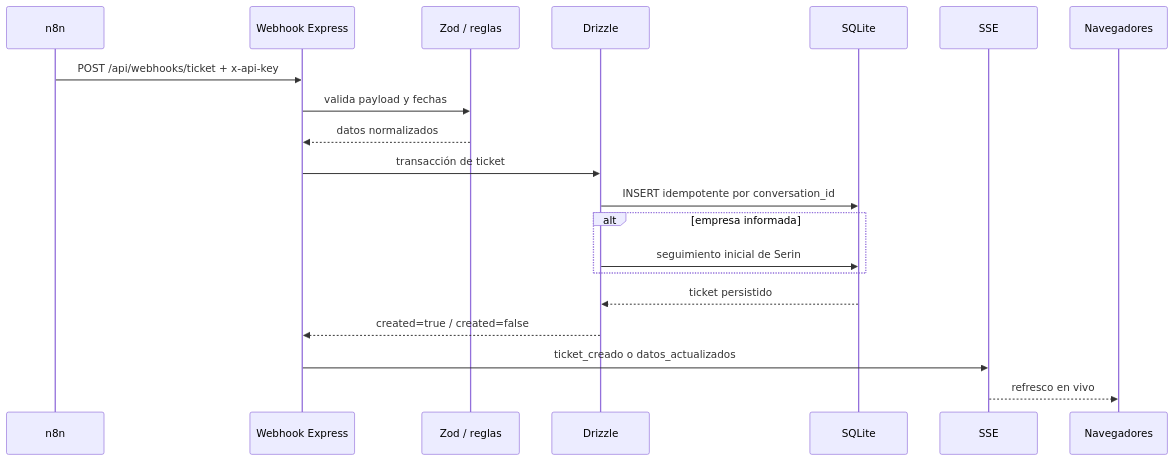
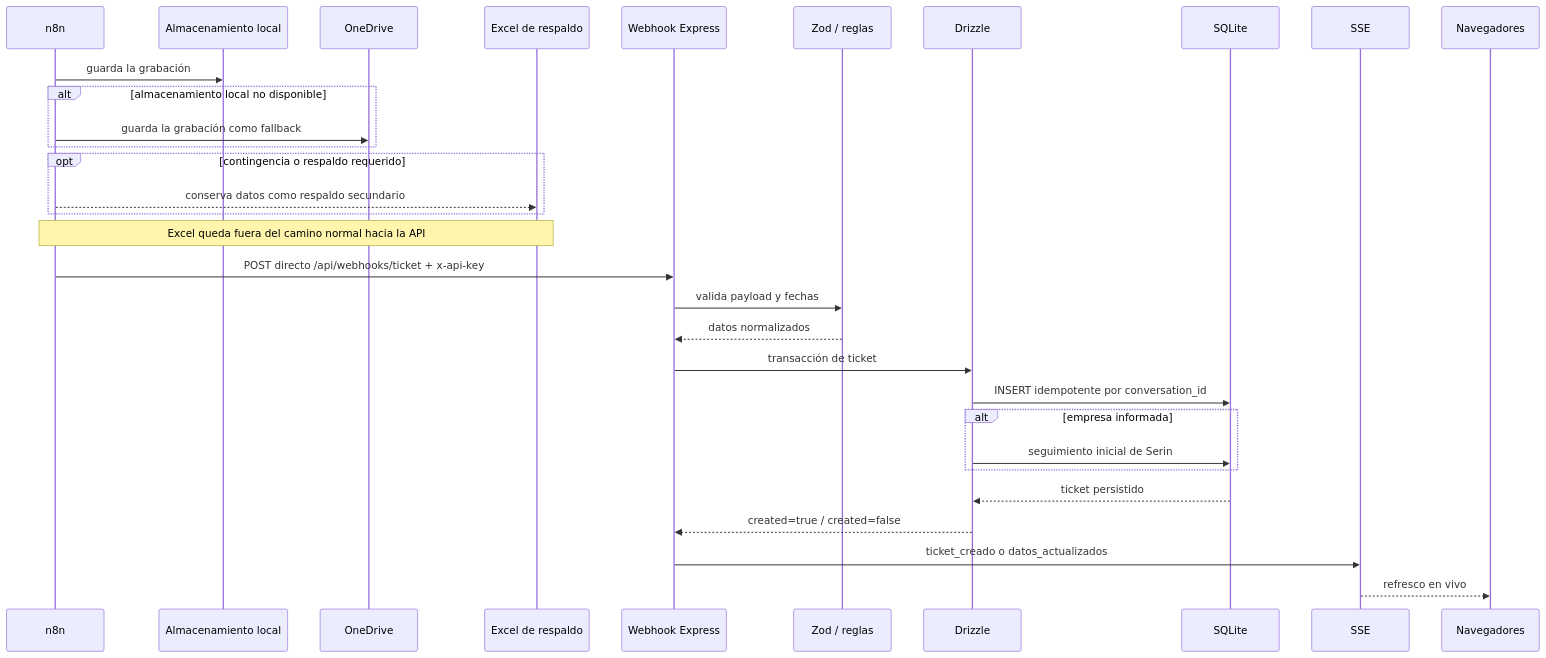
Before and after one commit to marianoLaclau/ticketsAdmin: the ninth of 14 diagrams in docs/ARQUITECTURA.MD, drawn with Mermaid. The commit also changed other lines of this file and 6 other files, not shown here.

````diff
--- a/docs/ARQUITECTURA.MD
+++ b/docs/ARQUITECTURA.MD
@@ -408,23 +415,34 @@
 ```mermaid
 sequenceDiagram
     participant N as n8n
+    participant A as Almacenamiento local
+    participant O as OneDrive
+    participant X as Excel de respaldo
     participant W as Webhook Express
     participant V as Zod / reglas
     participant D as Drizzle
     participant S as SQLite
     participant E as SSE
     participant B as Navegadores
 
-    N->>W: POST /api/webhooks/ticket + x-api-key
+    N->>A: guarda la grabación
+    alt almacenamiento local no disponible
+        N->>O: guarda la grabación como fallback
+    end
+    opt contingencia o respaldo requerido
+        N-->>X: conserva datos como respaldo secundario
+    end
+    Note over N,X: Excel queda fuera del camino normal hacia la API
+    N->>W: POST directo /api/webhooks/ticket + x-api-key
     W->>V: valida payload y fechas
     V-->>W: datos normalizados
     W->>D: transacción de ticket
     D->>S: INSERT idempotente por conversation_id
     alt empresa informada
         D->>S: seguimiento inicial de Serin
     end
     S-->>D: ticket persistido
     D-->>W: created=true / created=false
     W->>E: ticket_creado o datos_actualizados
     E-->>B: refresco en vivo
 ```
````
